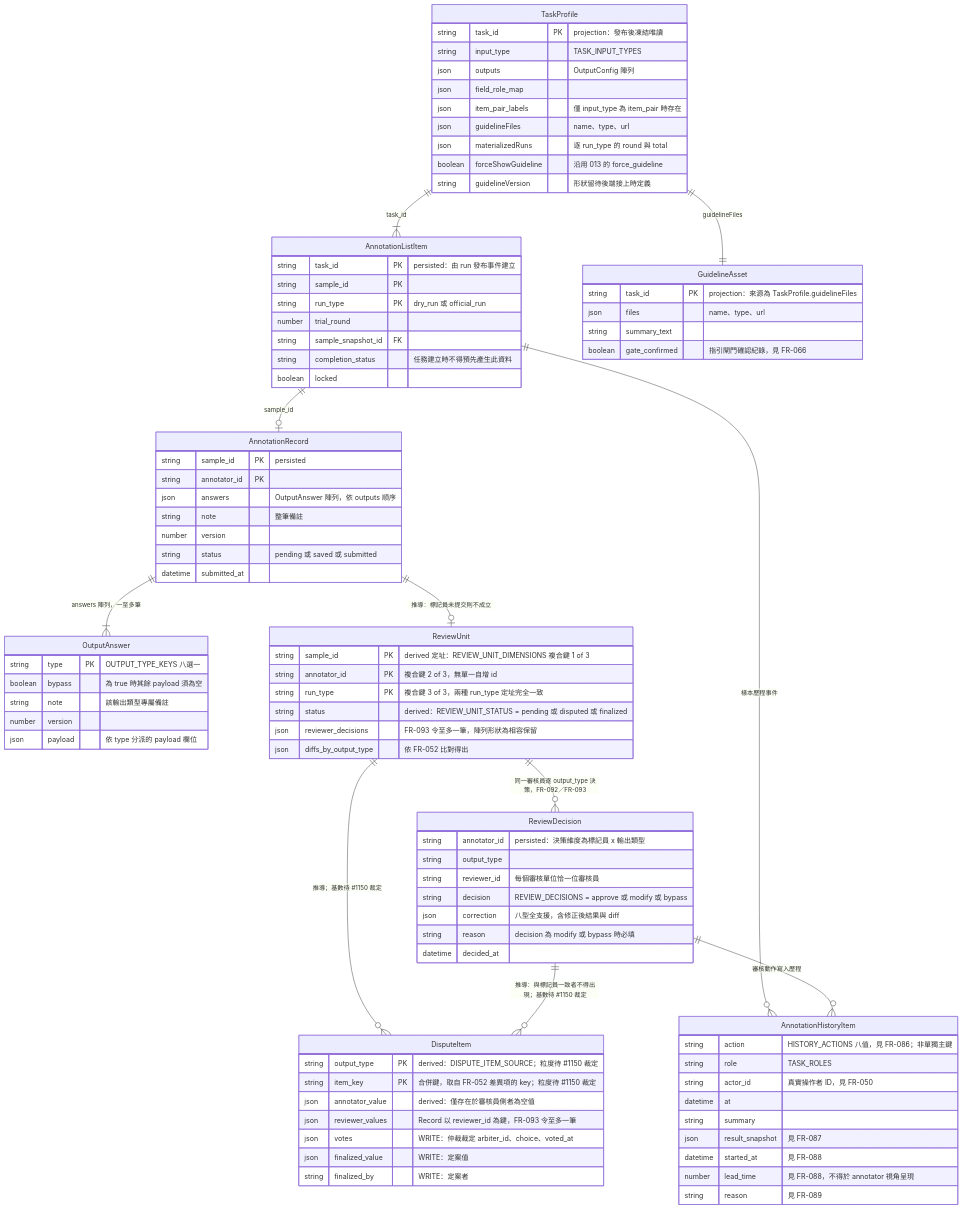
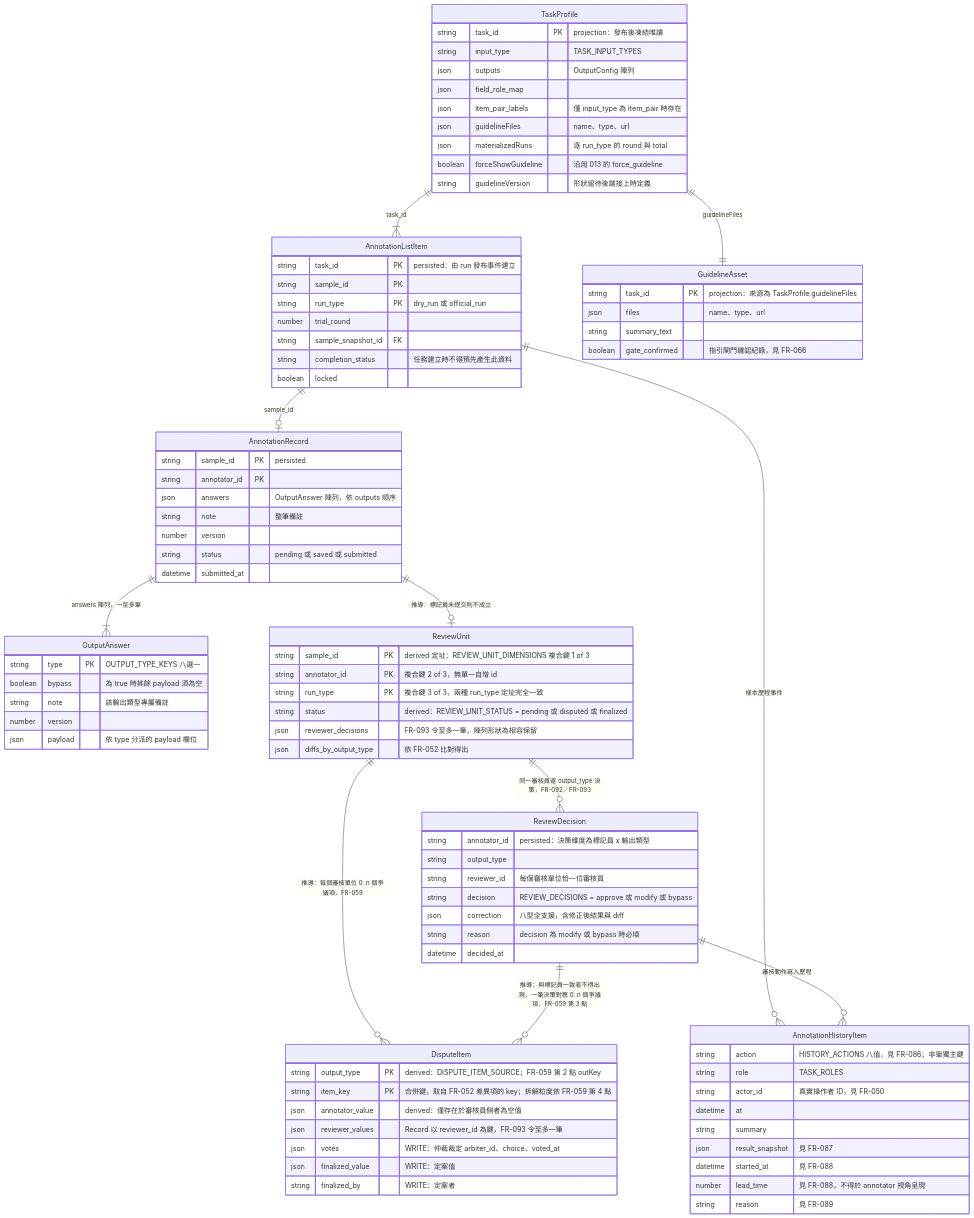
The fourth of 6 diagrams in docs/diagrams/architecture/core-data-model-er.md (singyichen/label-suite), drawn with Mermaid before and after one commit. The commit also changed other lines of this file and 4 other files, not shown here.

First line of the commit message:
docs: align 014 FR-010u(5) dispute item unit with 015 FR-061

````diff
--- a/docs/diagrams/architecture/core-data-model-er.md
+++ b/docs/diagrams/architecture/core-data-model-er.md
@@ -347,8 +347,8 @@
         json diffs_by_output_type "依 FR-052 比對得出"
     }
     DisputeItem {
-        string output_type PK "derived：DISPUTE_ITEM_SOURCE；粒度待 #1150 裁定"
-        string item_key PK "合併鍵，取自 FR-052 差異項的 key；粒度待 #1150 裁定"
+        string output_type PK "derived：DISPUTE_ITEM_SOURCE；FR-059 第 2 點 outKey"
+        string item_key PK "合併鍵，取自 FR-052 差異項的 key；拆解粒度依 FR-059 第 4 點"
         json annotator_value "derived：僅存在於審核員側者為空值"
         json reviewer_values "Record 以 reviewer_id 為鍵，FR-093 令至多一筆"
         json votes "WRITE：仲裁裁定 arbiter_id、choice、voted_at"
@@ -380,7 +380,7 @@
     AnnotationRecord ||--|{ OutputAnswer : "answers 陣列，一至多筆"
     AnnotationRecord ||--o| ReviewUnit : "推導：標記員未提交則不成立"
     ReviewUnit ||--o{ ReviewDecision : "同一審核員逐 output_type 決策，FR-092／FR-093"
-    ReviewUnit ||--o{ DisputeItem : "推導；基數待 #1150 裁定"
-    ReviewDecision ||--o{ DisputeItem : "推導：與標記員一致者不得出現；基數待 #1150 裁定"
+    ReviewUnit ||--o{ DisputeItem : "推導：每個審核單位 0..n 個爭議項，FR-059"
+    ReviewDecision ||--o{ DisputeItem : "推導：與標記員一致者不得出現，一筆決策對應 0..n 個爭議項，FR-059 第 3 點"
     ReviewDecision ||--o{ AnnotationHistoryItem : "審核動作寫入歷程"
 ```
````
